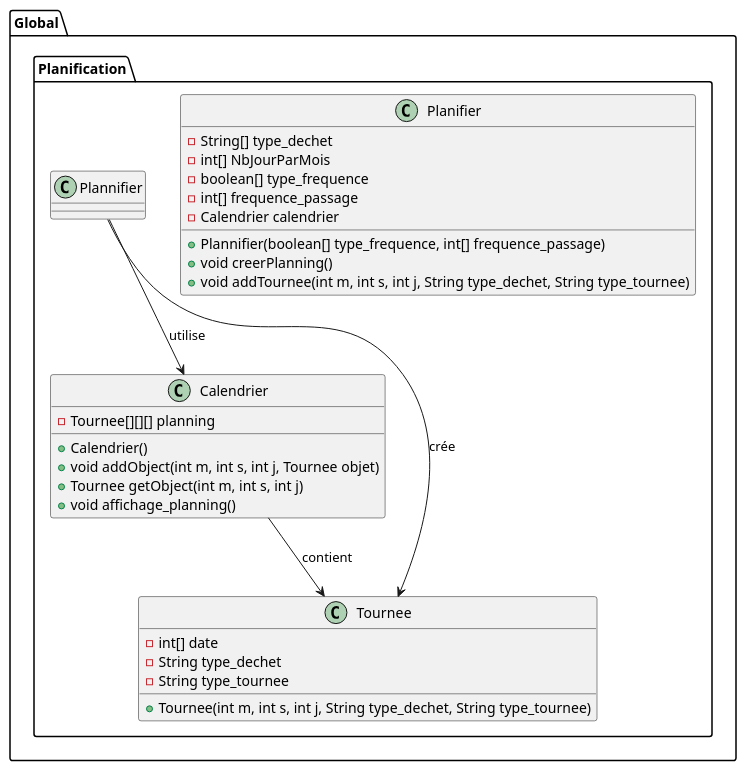
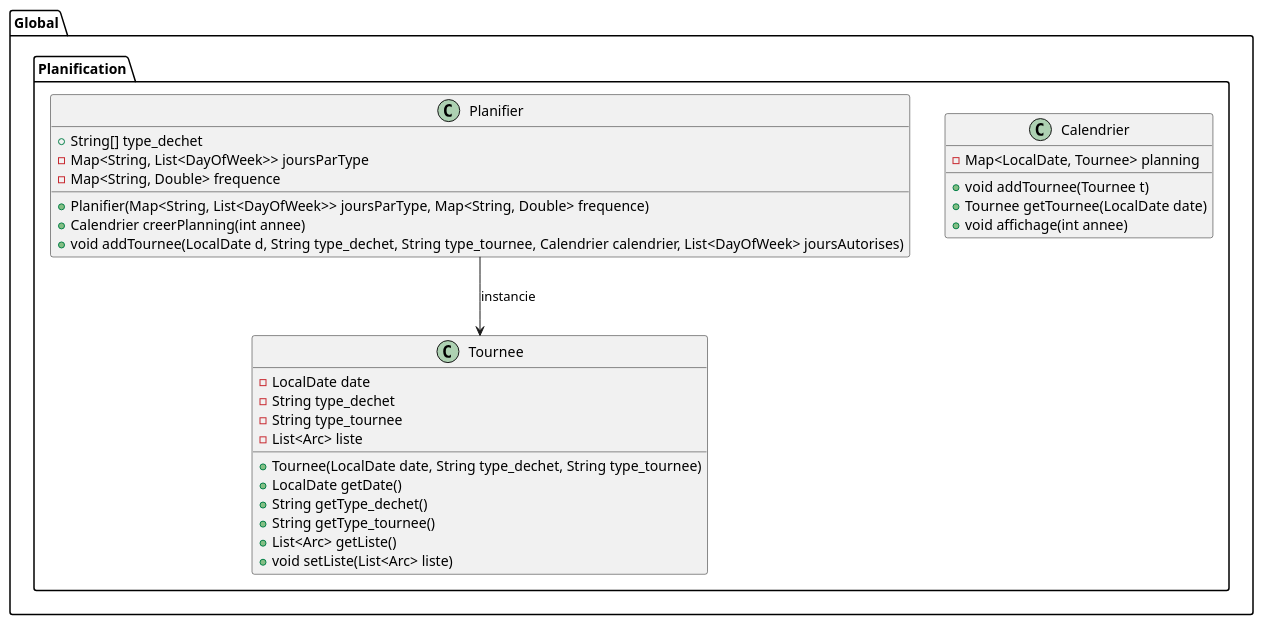
One commit to Foxye-11/Projet-Java-Gestion-des-Dechets changed the diagram in src/Global/Planification/plannification.puml. Above: the diagram before and after it, drawn with PlantUML. The commit also changed 6 other files, not shown here.

Commit message:
diagramme de CLASSE

```diff
--- a/src/Global/Planification/plannification.puml
+++ b/src/Global/Planification/plannification.puml
@@ -1,35 +1,35 @@
 @startuml
 package Global.Planification {
 
+    class Tournee {
+        - LocalDate date
+        - String type_dechet
+        - String type_tournee
+        - List<Arc> liste
+        + Tournee(LocalDate date, String type_dechet, String type_tournee)
+        + LocalDate getDate()
+        + String getType_dechet()
+        + String getType_tournee()
+        + List<Arc> getListe()
+        + void setListe(List<Arc> liste)
+    }
+
     class Calendrier {
-        - Tournee[][][] planning
-        + Calendrier()
-        + void addObject(int m, int s, int j, Tournee objet)
-        + Tournee getObject(int m, int s, int j)
-        + void affichage_planning()
+        - Map<LocalDate, Tournee> planning
+        + void addTournee(Tournee t)
+        + Tournee getTournee(LocalDate date)
+        + void affichage(int annee)
     }
 
     class Planifier {
-        - String[] type_dechet
-        - int[] NbJourParMois
-        - boolean[] type_frequence
-        - int[] frequence_passage
-        - Calendrier calendrier
-        + Plannifier(boolean[] type_frequence, int[] frequence_passage)
-        + void creerPlanning()
-        + void addTournee(int m, int s, int j, String type_dechet, String type_tournee)
+        + String[] type_dechet
+        - Map<String, List<DayOfWeek>> joursParType
+        - Map<String, Double> frequence
+        + Planifier(Map<String, List<DayOfWeek>> joursParType, Map<String, Double> frequence)
+        + Calendrier creerPlanning(int annee)
+        + void addTournee(LocalDate d, String type_dechet, String type_tournee, Calendrier calendrier, List<DayOfWeek> joursAutorises)
     }
 
-    class Tournee {
-        - int[] date
-        - String type_dechet
-        - String type_tournee
-        + Tournee(int m, int s, int j, String type_dechet, String type_tournee)
-    }
-
-    ' Relations
-    Plannifier --> Calendrier : "utilise"
-    Calendrier --> Tournee : "contient"
-    Plannifier --> Tournee : "crée"
+    Planifier --> Tournee : "instancie"
 }
 @enduml
```
